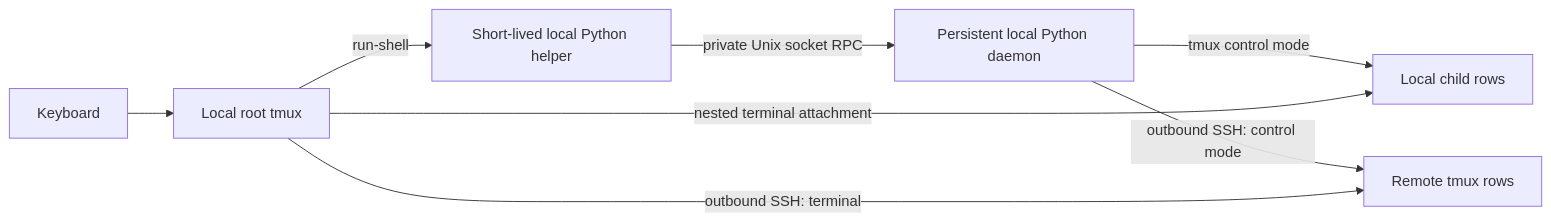
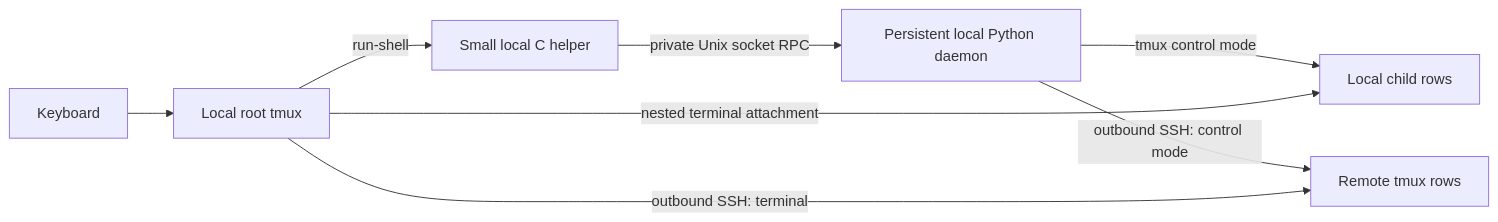
One commit to revng-claudietto/nested-tmux2 changed the diagram in docs/design.md. Above: the diagram before and after it, drawn with Mermaid. The commit also changed other lines of this file and 13 other files, not shown here.

````diff
--- a/docs/design.md
+++ b/docs/design.md
@@ -9,10 +9,10 @@
 ```mermaid
 flowchart LR
     K[Keyboard] --> R[Local root tmux]
-    R -- run-shell --> H[Short-lived local Python helper]
+    R -- run-shell --> H[Small local C helper]
     H -- private Unix socket RPC --> C[Persistent local Python daemon]
     C -- tmux control mode --> L[Local child rows]
     C -- outbound SSH: control mode --> S[Remote tmux rows]
     R -- nested terminal attachment --> L
     R -- outbound SSH: terminal --> S
 ```
````
